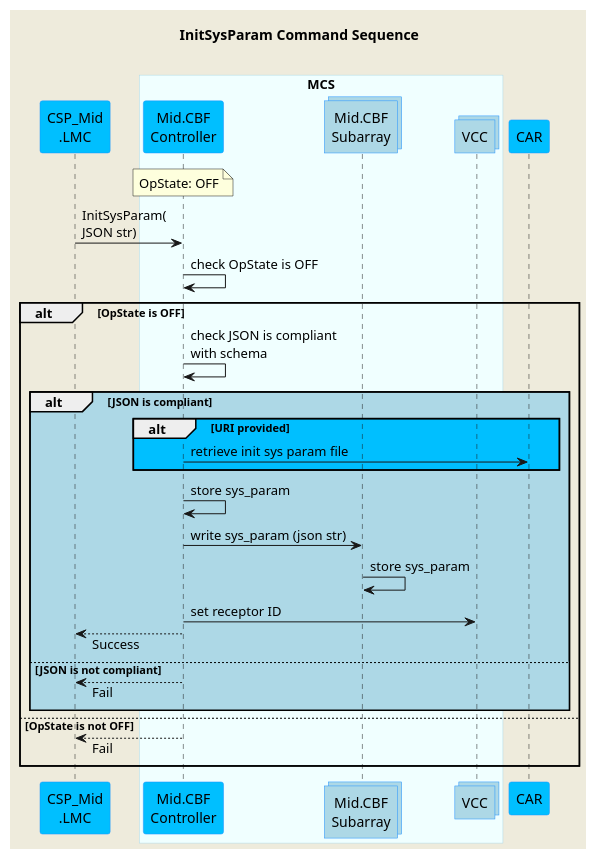
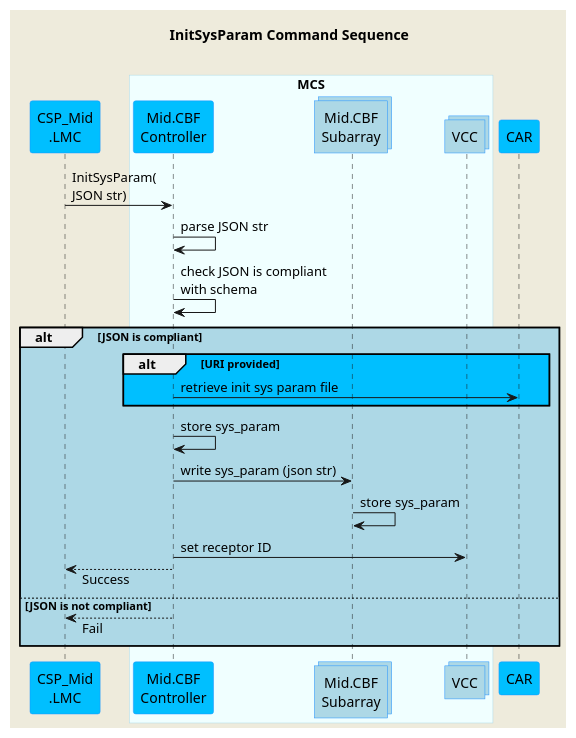
The diagram in docs/src/diagrams/initsysparam-command.puml (ska-telescope/mid-cbf-mcs), drawn with PlantUML before and after one commit. The commit also changed 1 other file, not shown here.

Commit message:
CIP-2424 Off and InitSysParam UMLs

```diff
--- a/docs/src/diagrams/initsysparam-command.puml
+++ b/docs/src/diagrams/initsysparam-command.puml
@@ -1,48 +1,44 @@
 @startuml
 'https://plantuml.com/sequence-diagram
 skinparam backgroundColor #EEEBDC
 skinparam sequence {
 ParticipantBorderColor DodgerBlue
 ParticipantBackgroundColor DeepSkyBlue
 ActorBorderColor DarkGreen
 ActorBackgroundColor Green
 BoxBorderColor LightBlue
 BoxBackgroundColor #F0FFFF
 }
 skinparam collections {
   BackGroundColor LightBlue
   BorderColor DodgerBlue
 }
 skinparam responseMessageBelowArrow true
 title InitSysParam Command Sequence\n
 participant "CSP_Mid\n.LMC" as lmc
 box "MCS"
 participant "Mid.CBF\nController" as control
 collections "Mid.CBF\nSubarray" as subarray
 collections "VCC" as vcc
 end box
 participant "CAR" as car
-note over control                 : OpState: OFF
 lmc          -> control           : InitSysParam(\nJSON str)
-control      -> control           : check OpState is OFF
 
-alt OpState is OFF
+control      -> control           : parse JSON str
 control      -> control           : check JSON is compliant \nwith schema
 
 alt #LightBlue JSON is compliant
 alt #DeepSkyBlue URI provided
 control      -> car               : retrieve init sys param file
 end
 control      -> control           : store sys_param
 control      -> subarray          : write sys_param (json str)
 subarray     -> subarray          : store sys_param
 control      -> vcc               : set receptor ID
 lmc         <-- control           : Success
 else JSON is not compliant
 lmc         <-- control           : Fail
 end
 
-else OpState is not OFF
-lmc         <-- control           : Fail
-end
+
 @enduml
```
